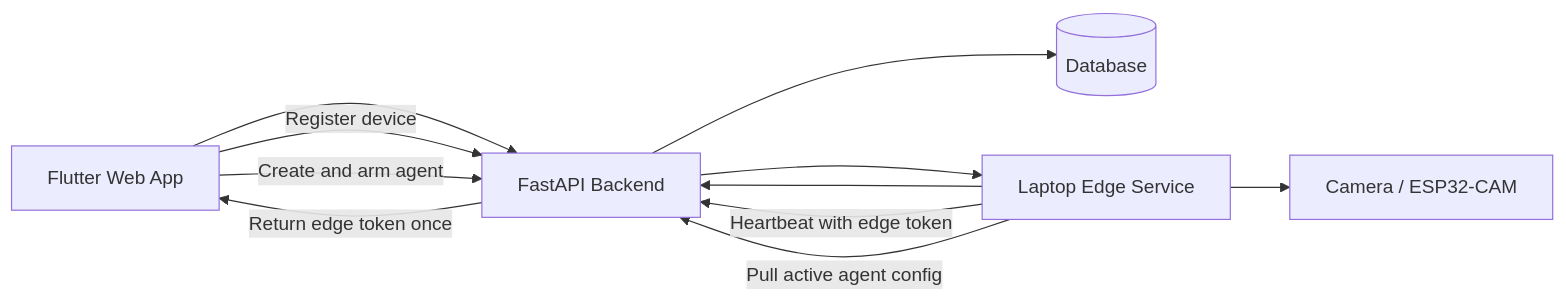
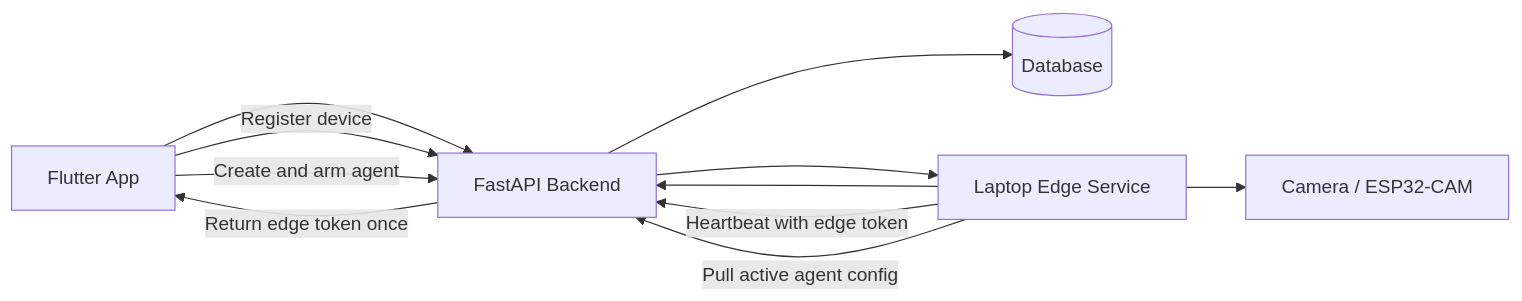
One commit to nickyui99/erlang-ai-vision-fullstack changed the third of 5 diagrams in docs/backend/architecture.md. Above: the diagram before and after it, drawn with Mermaid. The commit also changed other lines of this file and 26 other files, not shown here.

````diff
--- a/docs/backend/architecture.md
+++ b/docs/backend/architecture.md
@@ -41,14 +47,14 @@
 ```mermaid
 flowchart LR
-    Flutter[Flutter Web App] --> Backend[FastAPI Backend]
+    Flutter[Flutter App] --> Backend[FastAPI Backend]
     Backend --> DB[(Database)]
     Backend --> Edge[Laptop Edge Service]
     Edge --> Camera[Camera / ESP32-CAM]
     Edge --> Backend
 
     Flutter -->|Register device| Backend
     Backend -->|Return edge token once| Flutter
     Edge -->|Heartbeat with edge token| Backend
     Flutter -->|Create and arm agent| Backend
     Edge -->|Pull active agent config| Backend
 ```
````
